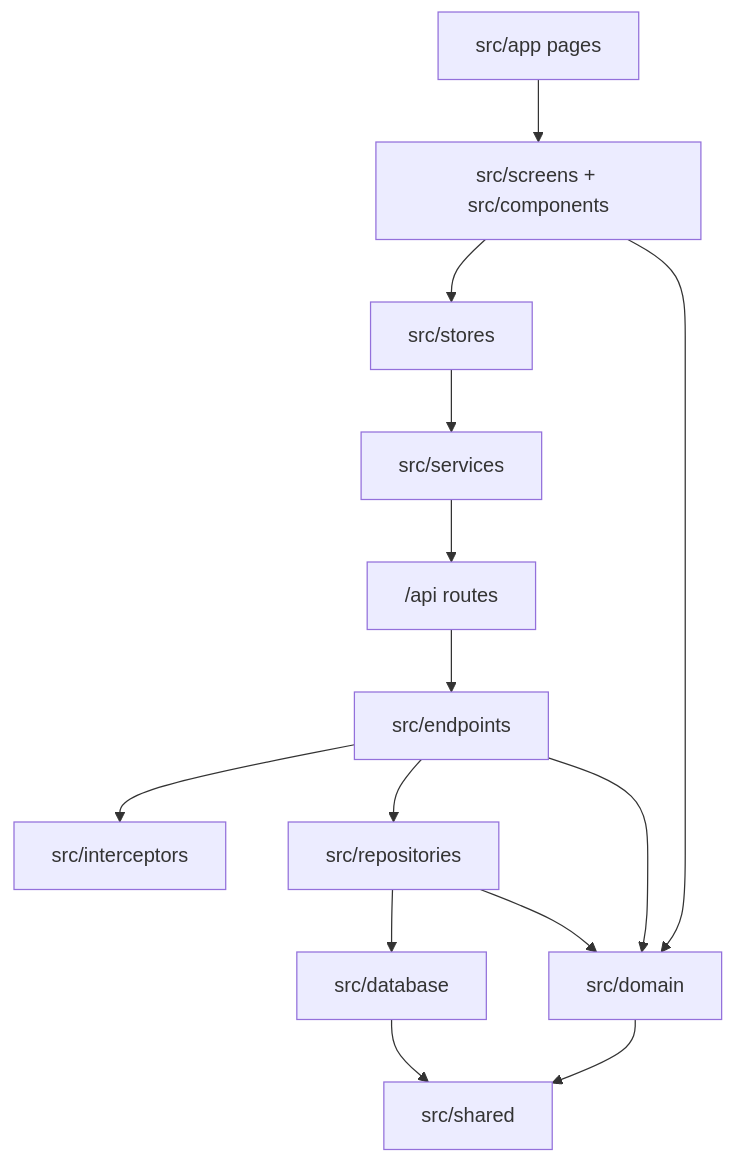
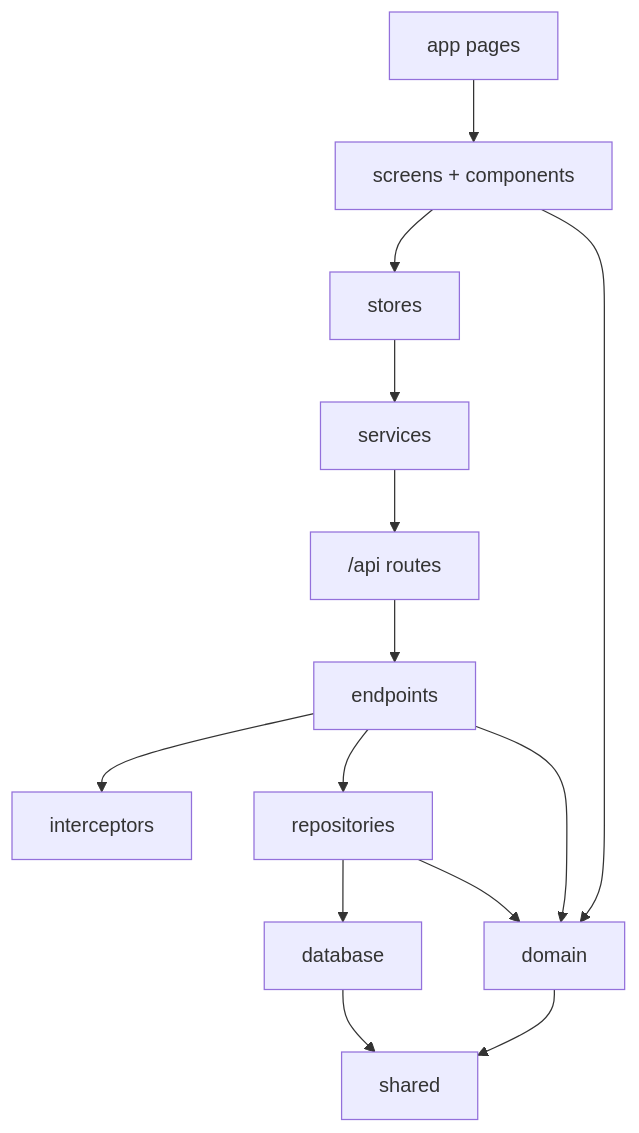
The second of 4 diagrams in CONTRIBUTING.md (yuriusuonly/paku-paku), drawn with Mermaid before and after one commit. The commit also changed other lines of this file and 212 other files, not shown here.

````diff
--- a/CONTRIBUTING.md
+++ b/CONTRIBUTING.md
@@ -104,16 +104,16 @@
 ```mermaid
 flowchart TD
-  A["src/app pages"] --> B["src/screens + src/components"]
-  B --> C["src/stores"]
-  C --> D["src/services"]
+  A["app pages"] --> B["screens + components"]
+  B --> C["stores"]
+  C --> D["services"]
   D --> E["/api routes"]
-  E --> F["src/endpoints"]
-  F --> G["src/interceptors"]
-  F --> H["src/repositories"]
-  H --> I["src/database"]
-  F --> J["src/domain"]
+  E --> F["endpoints"]
+  F --> G["interceptors"]
+  F --> H["repositories"]
+  H --> I["database"]
+  F --> J["domain"]
   B --> J
   H --> J
-  J --> K["src/shared"]
+  J --> K["shared"]
   I --> K
 ```
````
